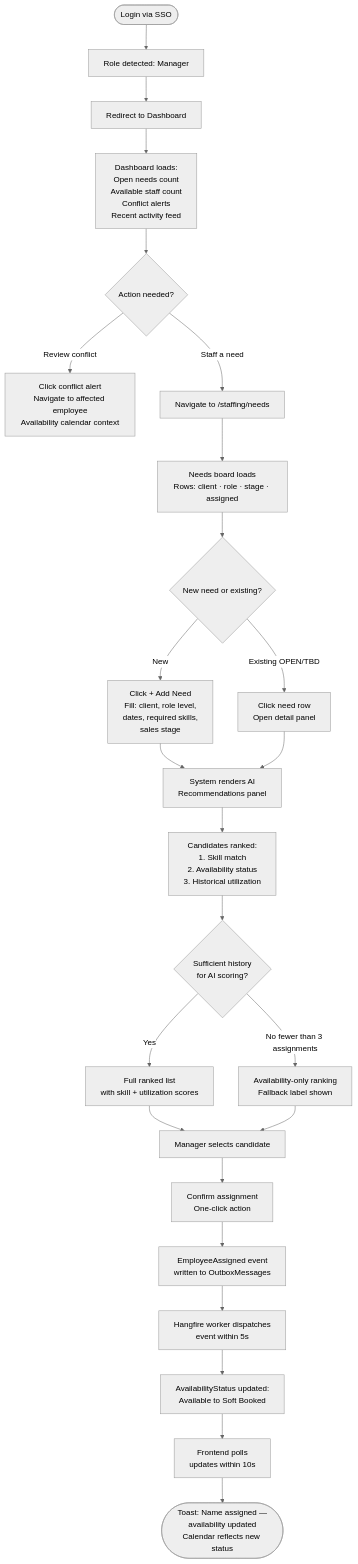
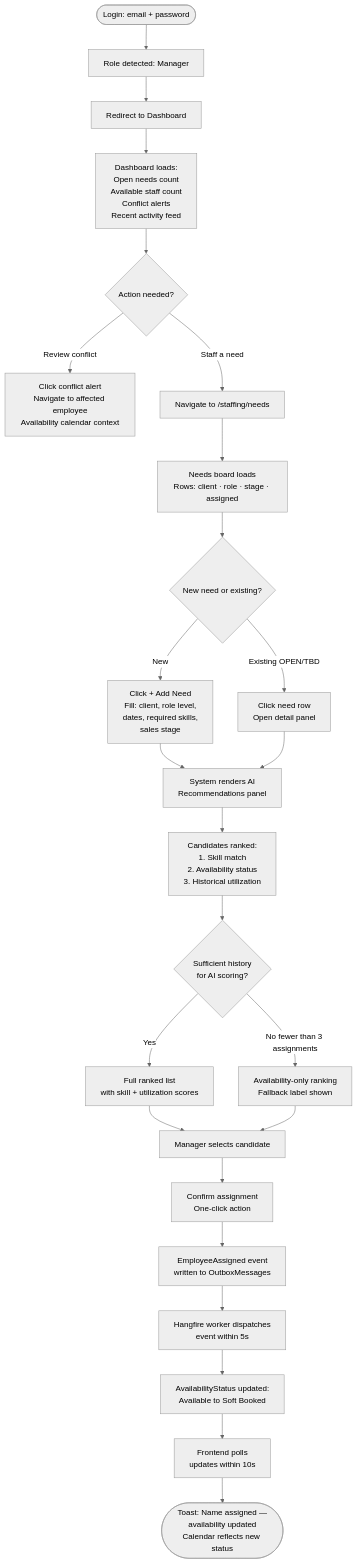
The second of 4 diagrams in _bmad-output/planning-artifacts/ux-design-specification.md (eacargile1/C2E-MIS-321-GP2), drawn with Mermaid (neutral theme) before and after one commit. The commit also changed other lines of this file and 3251 other files, not shown here.

````diff
--- a/_bmad-output/planning-artifacts/ux-design-specification.md
+++ b/_bmad-output/planning-artifacts/ux-design-specification.md
@@ -512,27 +512,27 @@
 ```mermaid
 flowchart TD
-    A([Login via SSO]) --> B[Role detected: Manager]
+    A([Login: email + password]) --> B[Role detected: Manager]
     B --> C[Redirect to Dashboard]
     C --> D[Dashboard loads:\nOpen needs count\nAvailable staff count\nConflict alerts\nRecent activity feed]
     D --> E{Action needed?}
     E -- Review conflict --> F[Click conflict alert\nNavigate to affected employee\nAvailability calendar context]
     E -- Staff a need --> G[Navigate to /staffing/needs]
     G --> H[Needs board loads\nRows: client · role · stage · assigned]
     H --> I{New need or existing?}
     I -- New --> J[Click + Add Need\nFill: client, role level,\ndates, required skills,\nsales stage]
     I -- Existing OPEN/TBD --> K[Click need row\nOpen detail panel]
     J --> L[System renders AI\nRecommendations panel]
     K --> L
     L --> M[Candidates ranked:\n1. Skill match\n2. Availability status\n3. Historical utilization]
     M --> N{Sufficient history\nfor AI scoring?}
     N -- Yes --> O[Full ranked list\nwith skill + utilization scores]
     N -- No fewer than 3 assignments --> P[Availability-only ranking\nFallback label shown]
     O --> Q[Manager selects candidate]
     P --> Q
     Q --> R[Confirm assignment\nOne-click action]
     R --> S[EmployeeAssigned event\nwritten to OutboxMessages]
     S --> T[Hangfire worker dispatches\nevent within 5s]
     T --> U[AvailabilityStatus updated:\nAvailable to Soft Booked]
     U --> V[Frontend polls\nupdates within 10s]
     V --> W([Toast: Name assigned —\navailability updated\nCalendar reflects new status])
 ```
````
